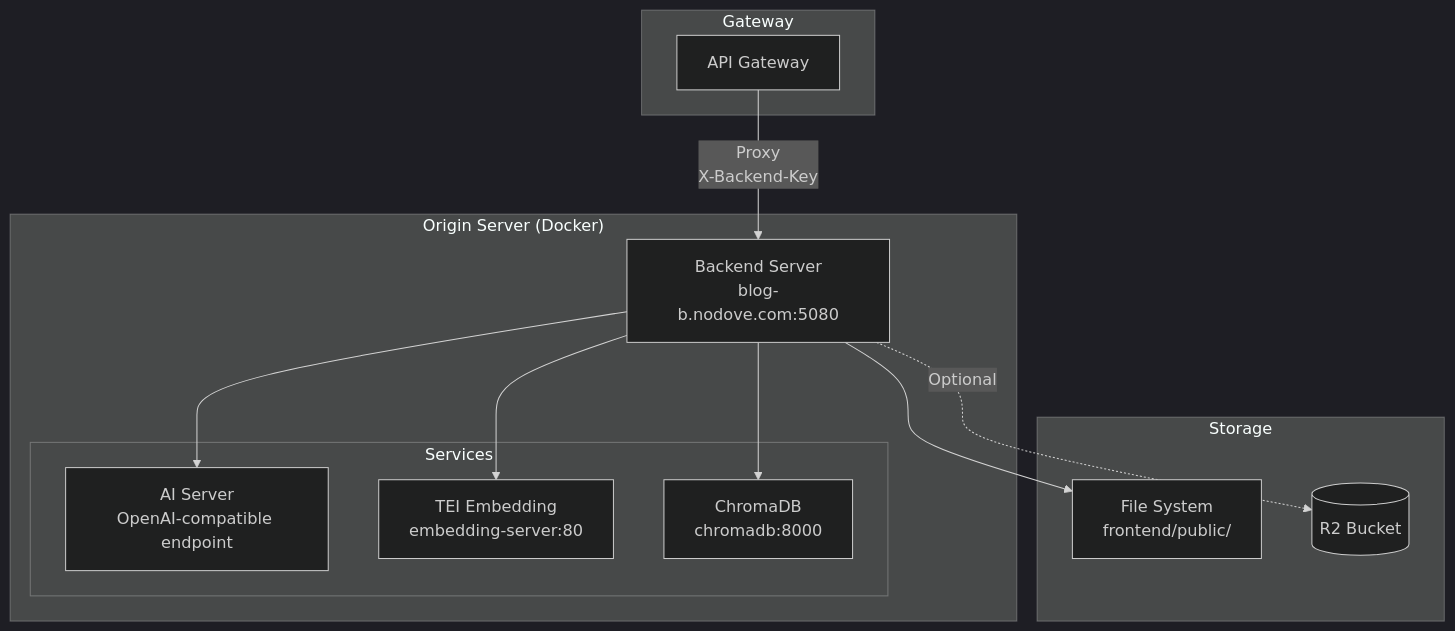
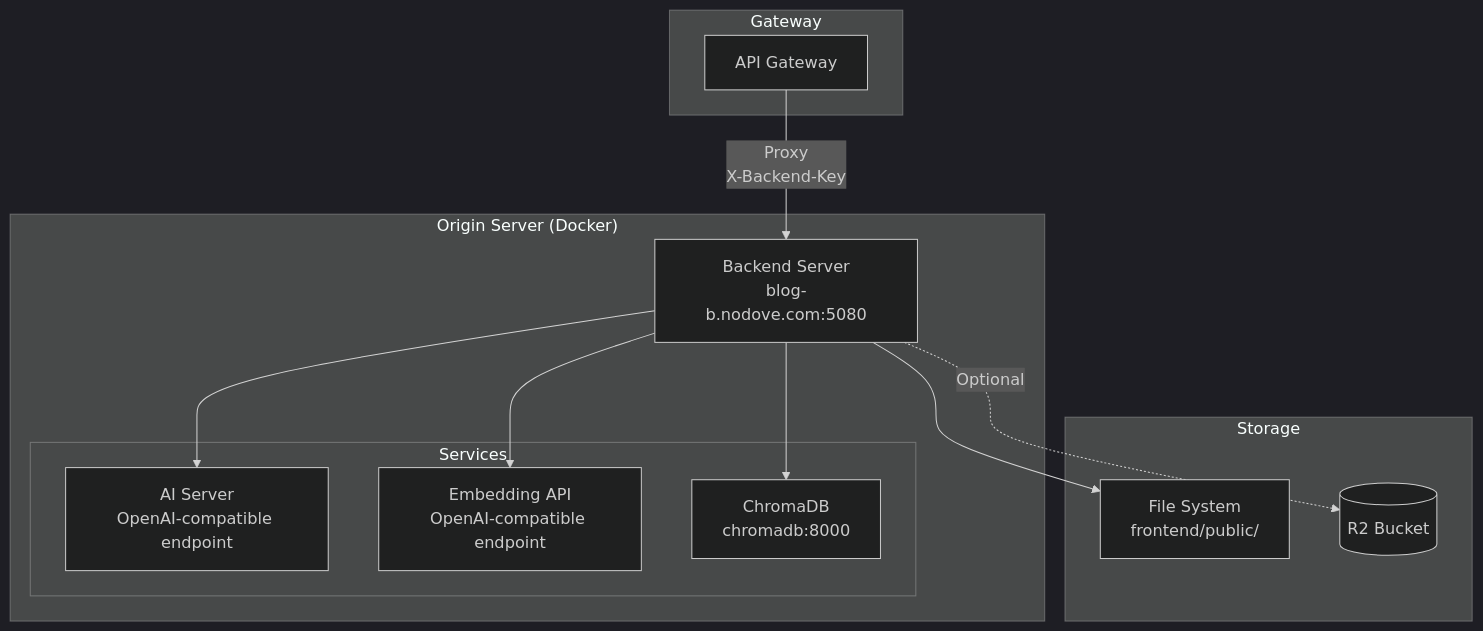
One commit to choisimo/blog changed the first of 3 diagrams in backend/README.md. Above: the diagram before and after it, drawn with Mermaid (dark theme). The commit also changed other lines of this file and 160 other files, not shown here.

````diff
--- a/backend/README.md
+++ b/backend/README.md
@@ -43,28 +43,28 @@
 ```mermaid
 flowchart TB
     subgraph "Gateway"
         API_GW[API Gateway]
     end
 
     subgraph "Origin Server (Docker)"
         BE[Backend Server<br/>blog-b.nodove.com:5080]
 
         subgraph "Services"
             AI_SRV[AI Server<br/>OpenAI-compatible endpoint]
-            TEI[TEI Embedding<br/>embedding-server:80]
+            EMBED[Embedding API<br/>OpenAI-compatible endpoint]
             CHROMA[ChromaDB<br/>chromadb:8000]
         end
     end
 
     subgraph "Storage"
         FS[File System<br/>frontend/public/]
         R2[(R2 Bucket)]
     end
 
     API_GW -->|Proxy<br/>X-Backend-Key| BE
     BE --> AI_SRV
-    BE --> TEI
+    BE --> EMBED
     BE --> CHROMA
     BE --> FS
     BE -.->|Optional| R2
 ```
````
